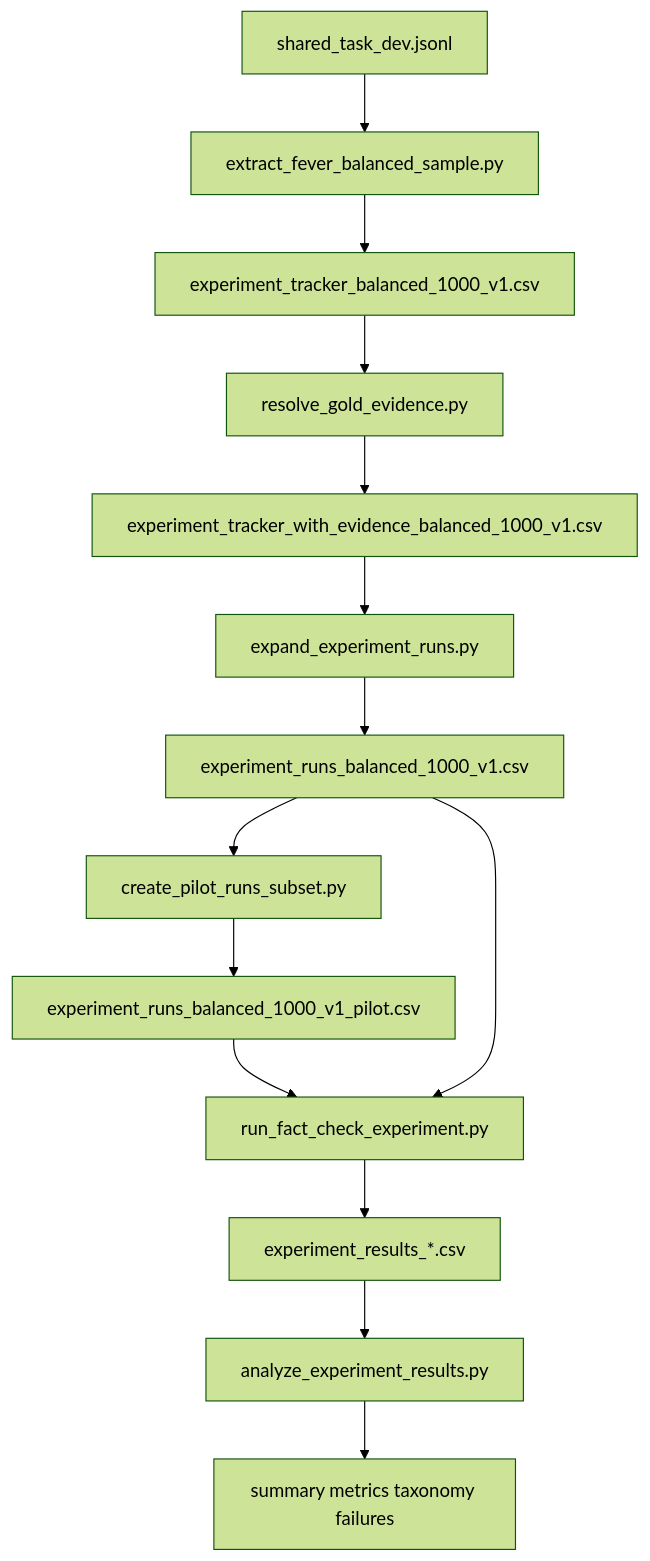
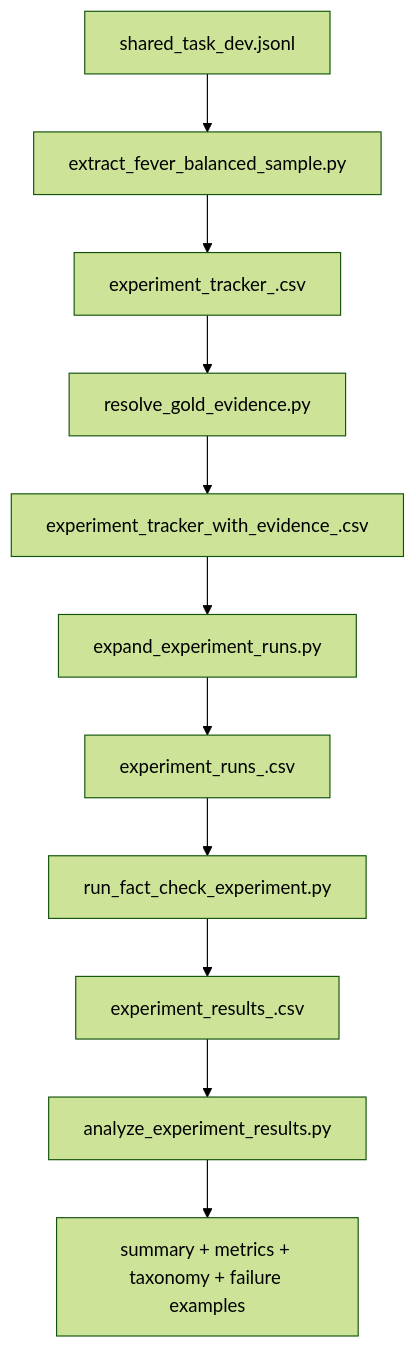
The diagram in README.md (ChimdumebiNebolisa/research-symposium-etamu-2026), drawn with Mermaid (forest theme) before and after one commit. The commit also changed other lines of this file and 1 other file, not shown here.

````diff
--- a/README.md
+++ b/README.md
@@ -59,16 +34,13 @@
-~~~mermaid
+```mermaid
 flowchart TD
     A[shared_task_dev.jsonl] --> B[extract_fever_balanced_sample.py]
-    B --> C[experiment_tracker_balanced_1000_v1.csv]
+    B --> C[experiment_tracker_<tag>.csv]
     C --> D[resolve_gold_evidence.py]
-    D --> E[experiment_tracker_with_evidence_balanced_1000_v1.csv]
+    D --> E[experiment_tracker_with_evidence_<tag>.csv]
     E --> F[expand_experiment_runs.py]
-    F --> G[experiment_runs_balanced_1000_v1.csv]
-    G --> H[create_pilot_runs_subset.py]
-    H --> I[experiment_runs_balanced_1000_v1_pilot.csv]
-    I --> J[run_fact_check_experiment.py]
-    G --> J
-    J --> K[experiment_results_*.csv]
-    K --> L[analyze_experiment_results.py]
-    L --> M[summary metrics taxonomy failures]
-~~~
+    F --> G[experiment_runs_<tag>.csv]
+    G --> H[run_fact_check_experiment.py]
+    H --> I[experiment_results_<tag>.csv]
+    I --> J[analyze_experiment_results.py]
+    J --> K[summary + metrics + taxonomy + failure examples]
+```
````
